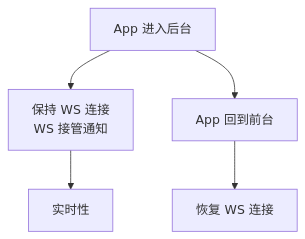
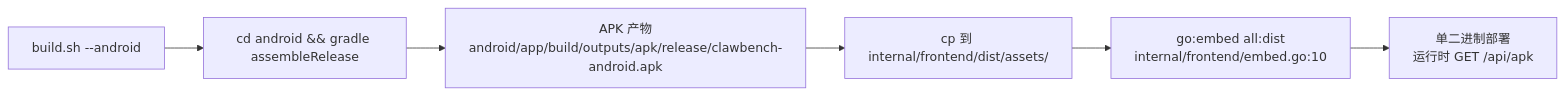
Before and after one commit to clawbench-dev/clawbench: the third of 3 diagrams in docs/spec/client/android-integration.md, drawn with Mermaid. The commit also changed other lines of this file and 15 other files, not shown here.

````diff
--- a/docs/spec/client/android-integration.md
+++ b/docs/spec/client/android-integration.md
@@ -25,7 +42,8 @@
 ```mermaid
-flowchart TD
-    A[App 进入后台] --> D[保持 WS 连接<br/>WS 接管通知]
-    D --> F[实时性]
-    A --> G[App 回到前台]
-    G --> H[恢复 WS 连接]
+flowchart LR
+    A[build.sh --android] --> B[cd android && gradle assembleRelease]
+    B --> C[APK 产物<br/>android/app/build/outputs/apk/release/clawbench-android.apk]
+    C --> D[cp 到 internal/frontend/dist/assets/]
+    D --> E[go:embed all:dist<br/>internal/frontend/embed.go:10]
+    E --> F[单二进制部署<br/>运行时 GET /api/apk]
 ```
````
